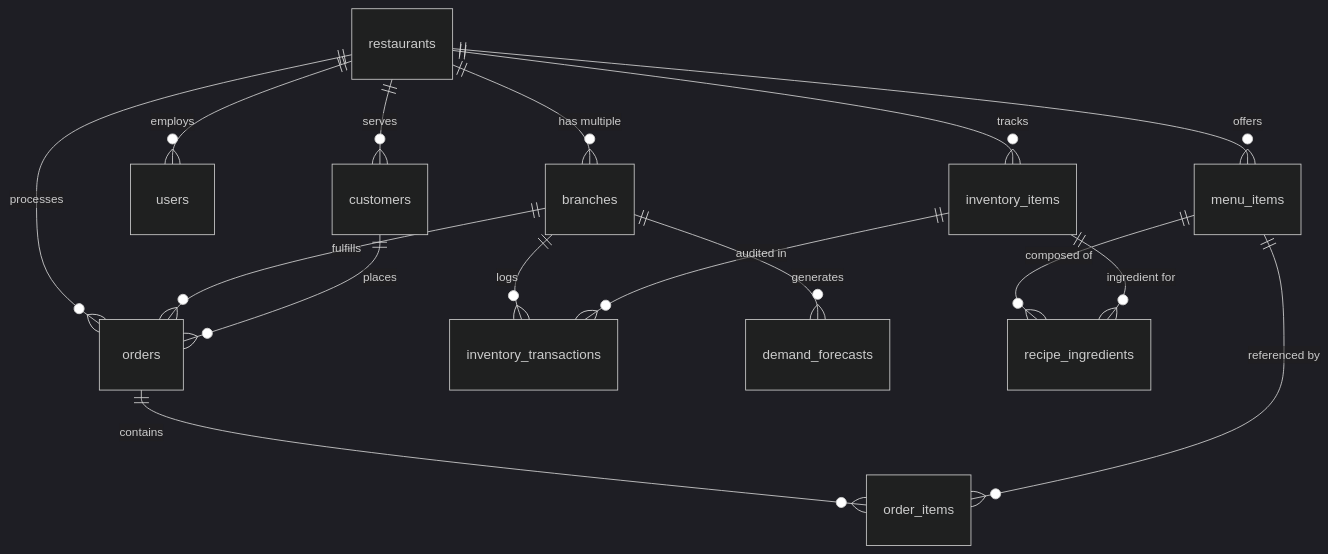
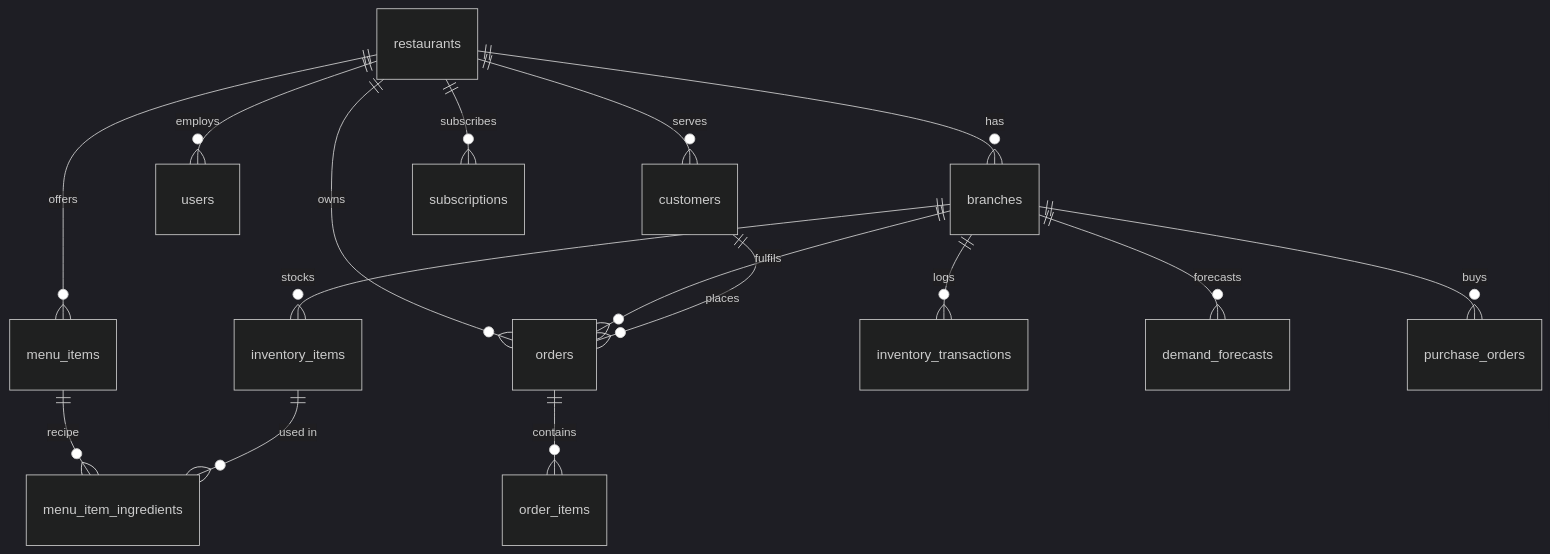
The fourth of 5 diagrams in README.md (saad4228/Rasoi-Saathi), drawn with Mermaid (dark theme) before and after one commit. The commit also changed other lines of this file and 89 other files, not shown here.

````diff
--- a/README.md
+++ b/README.md
@@ -295,21 +314,18 @@
 ```mermaid
 erDiagram
-    restaurants ||--o{ branches : "has multiple"
+    restaurants ||--o{ branches : "has"
     restaurants ||--o{ users : "employs"
     restaurants ||--o{ menu_items : "offers"
-    restaurants ||--o{ inventory_items : "tracks"
     restaurants ||--o{ customers : "serves"
-    restaurants ||--o{ orders : "processes"
-
-    branches ||--o{ orders : "fulfills"
+    restaurants ||--o{ orders : "owns"
+    restaurants ||--o{ subscriptions : "subscribes"
+    branches ||--o{ inventory_items : "stocks"
+    branches ||--o{ orders : "fulfils"
     branches ||--o{ inventory_transactions : "logs"
-    branches ||--o{ demand_forecasts : "generates"
-
-    menu_items ||--o{ recipe_ingredients : "composed of"
-    inventory_items ||--o{ recipe_ingredients : "ingredient for"
-    inventory_items ||--o{ inventory_transactions : "audited in"
-
+    branches ||--o{ demand_forecasts : "forecasts"
+    branches ||--o{ purchase_orders : "buys"
+    menu_items ||--o{ menu_item_ingredients : "recipe"
+    inventory_items ||--o{ menu_item_ingredients : "used in"
     customers ||--o{ orders : "places"
     orders ||--o{ order_items : "contains"
-    menu_items ||--o{ order_items : "referenced by"
 ```
````
